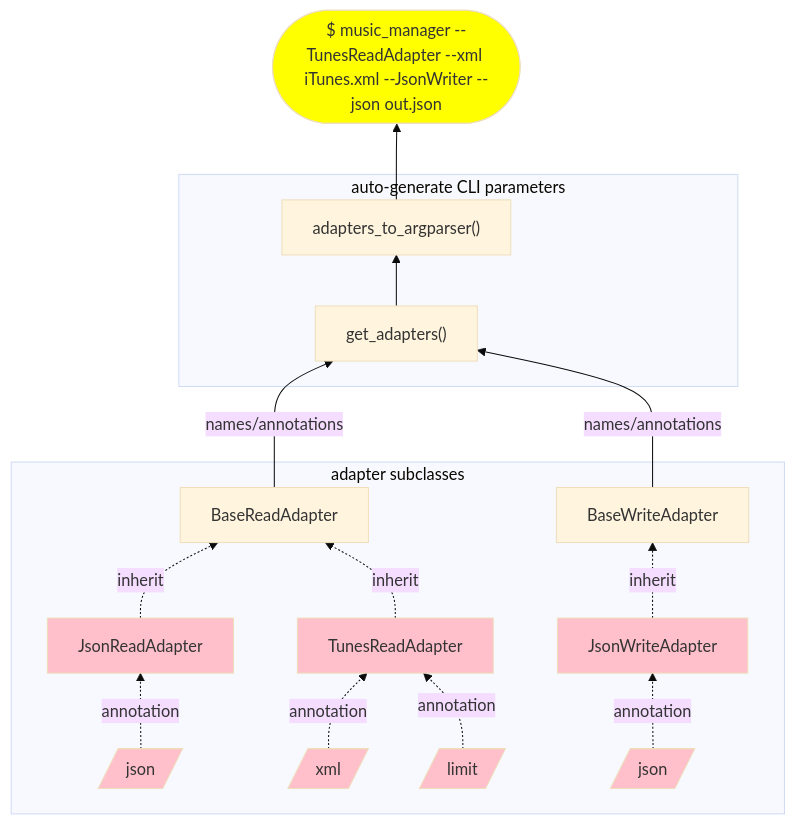
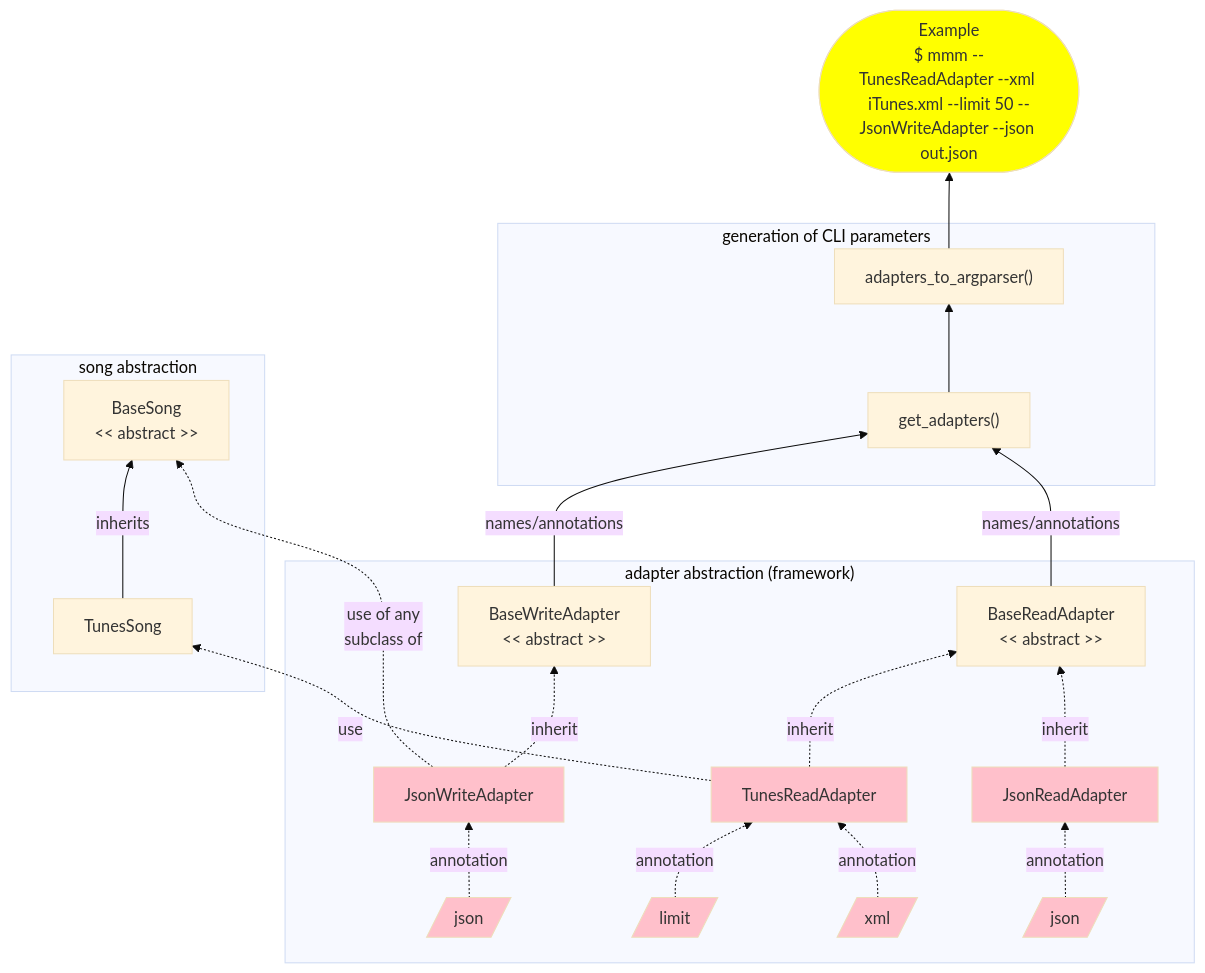
The first of 2 diagrams in README.md (engdan77/music_meta_manager), drawn with Mermaid (base theme) before and after one commit. The commit also changed other lines of this file, not shown here.

````diff
--- a/README.md
+++ b/README.md
@@ -118,29 +25,36 @@
 ```mermaid
 flowchart BT
 
-subgraph adapter subclasses
-    JsonReadAdapter -. inherit .-> BaseReadAdapter
+subgraph "adapter abstraction (framework)"
+    JsonReadAdapter -. inherit .-> bra
     jsonread[/json/] -. annotation .-> JsonReadAdapter
-    TunesReadAdapter -. inherit .-> BaseReadAdapter
-    JsonWriteAdapter -. inherit .-> BaseWriteAdapter
+    TunesReadAdapter -. inherit .-> bra
+    JsonWriteAdapter -. inherit .-> bwa
     jsonwrite[/json/] -. annotation .-> JsonWriteAdapter
     xml[/xml/] -. annotation .-> TunesReadAdapter
     limit[/limit/] -. annotation .-> TunesReadAdapter
 end
-BaseReadAdapter -- names/annotations --> ga
-BaseWriteAdapter -- names/annotations --> ga
+bra["BaseReadAdapter\n<< abstract >>"] -- names/annotations --> ga
+bwa["BaseWriteAdapter\n<< abstract >>"] -- names/annotations --> ga
 
-subgraph auto-generate CLI parameters
+JsonWriteAdapter -. use of any\nsubclass of .-> bs["BaseSong\n<< abstract >>"]
+
+subgraph generation of CLI parameters
     ga["get_adapters()"] --> ata["adapters_to_argparser()"]
 end
-ata --> cli(["$ music_manager --TunesReadAdapter --xml iTunes.xml --JsonWriter --json out.json"]) 
+ata --> cli(["Example\n$ mmm --TunesReadAdapter --xml iTunes.xml --limit 50 --JsonWriteAdapter --json out.json"]) 
+
+subgraph song abstraction
+TunesReadAdapter -. use .-> TunesSong
+TunesSong -->|inherits| bs
+end
 
 style JsonReadAdapter fill:pink
 style TunesReadAdapter fill:pink
 style JsonWriteAdapter fill:pink
 style jsonread fill:pink
 style jsonwrite fill:pink
 style xml fill:pink
 style limit fill:pink
 style cli fill:yellow
 ```
````
